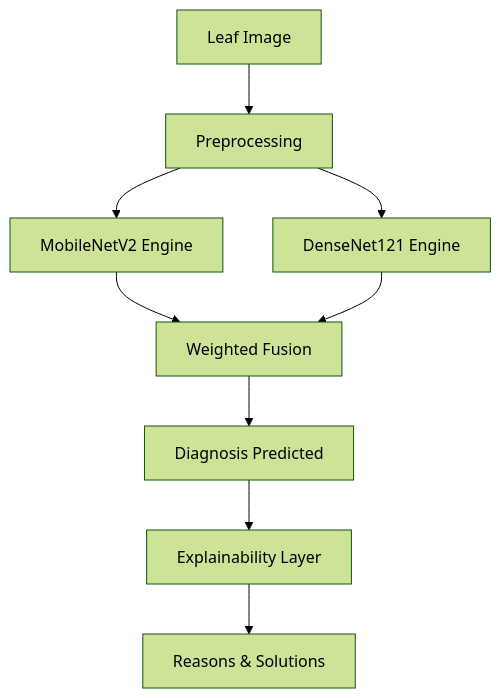
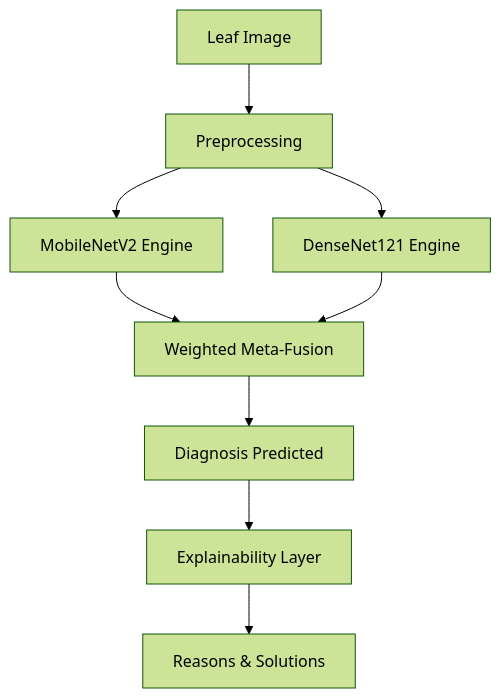
Before and after one commit to nishantrs0404/Crops_Disease_Detection: the diagram in README.md, drawn with Mermaid (forest theme). The commit also changed other lines of this file and 7 other files, not shown here.

````diff
--- a/README.md
+++ b/README.md
@@ -48,11 +56,11 @@
 ```mermaid
 graph TD
     A[Leaf Image] --> B[Preprocessing]
     B --> C[MobileNetV2 Engine]
     B --> D[DenseNet121 Engine]
-    C --> E[Weighted Fusion]
+    C --> E[Weighted Meta-Fusion]
     D --> E
     E --> F[Diagnosis Predicted]
     F --> G[Explainability Layer]
     G --> H[Reasons & Solutions]
 ```
````
